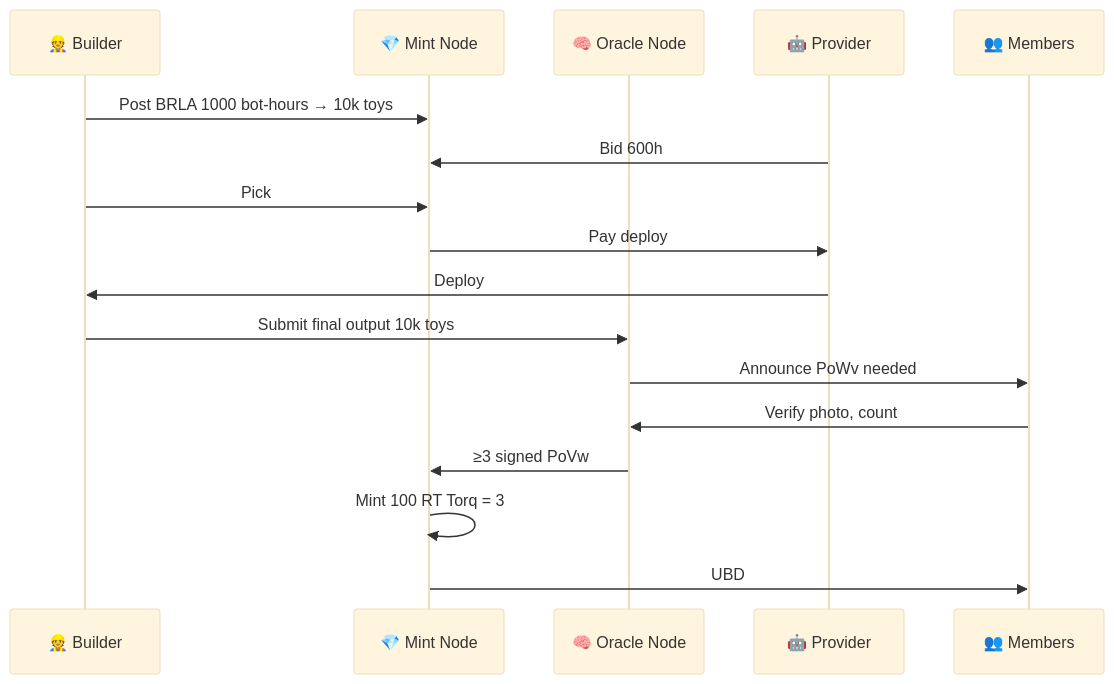
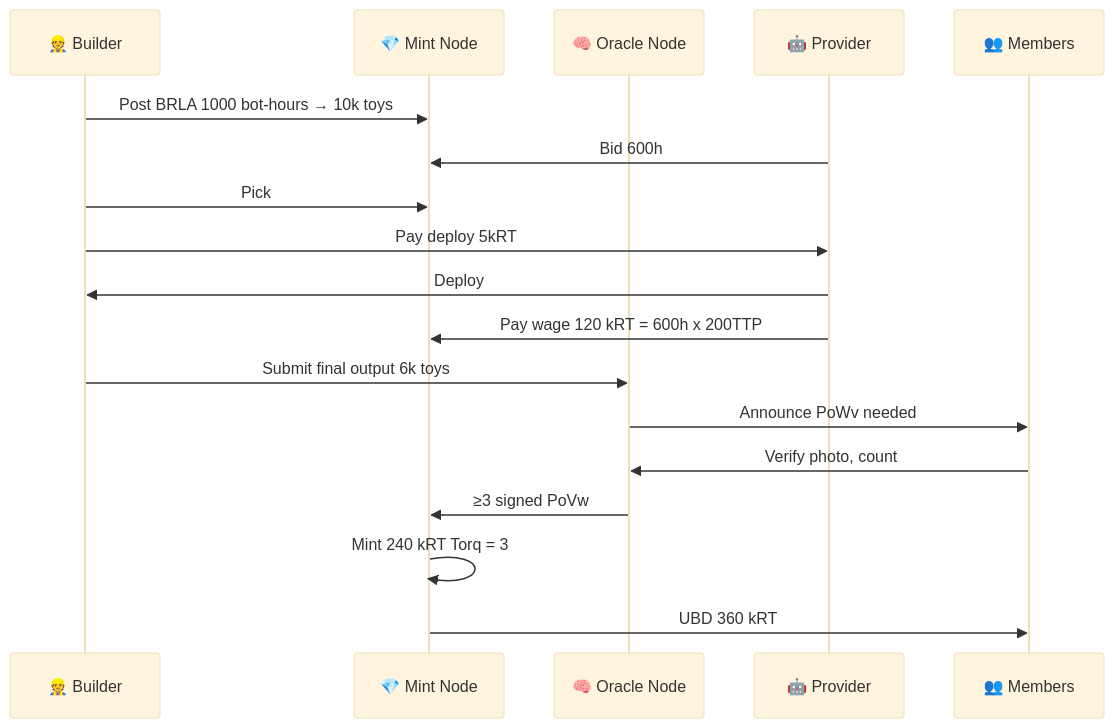
One commit to GrokkingGrok/robotorq-reserve-system changed the first of 7 diagrams in design/p2p/p2p_design.md. Above: the diagram before and after it, drawn with Mermaid (base theme). The commit also changed other lines of this file, not shown here.

First line of the commit message:
Revise P2P design document and sequence diagram

````diff
--- a/design/p2p/p2p_design.md
+++ b/design/p2p/p2p_design.md
@@ -31,20 +31,21 @@
 ```mermaid
 sequenceDiagram
     participant B as 👷 Builder
     participant M as 💎 Mint Node
     participant O as 🧠 Oracle Node
     participant P as 🤖 Provider
     participant Mem as 👥 Members
 
     B->>M: Post BRLA 1000 bot-hours → 10k toys
     P->>M: Bid 600h
     B->>M: Pick
-    M->>P: Pay deploy
+    B->>P: Pay deploy 5kRT
     P->>B: Deploy
-    B->>O: Submit final output 10k toys
+    P->>M: Pay wage 120 kRT = 600h x 200TTP
+    B->>O: Submit final output 6k toys
     O->>Mem: Announce PoWv needed
     Mem->>O: Verify photo, count
     O->>M: ≥3 signed PoVw
-    M->>M: Mint 100 RT Torq = 3
-    M->>Mem: UBD
+    M->>M: Mint 240 kRT Torq = 3
+    M->>Mem: UBD 360 kRT
 ```
````
